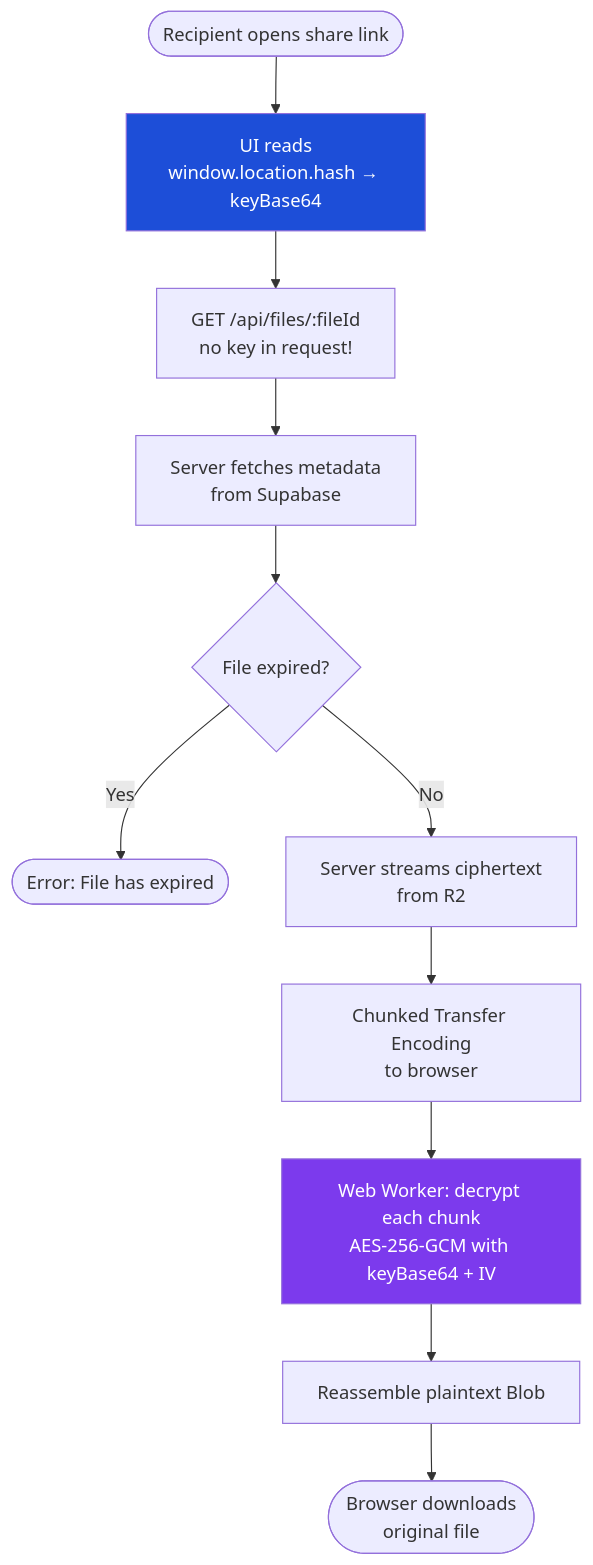
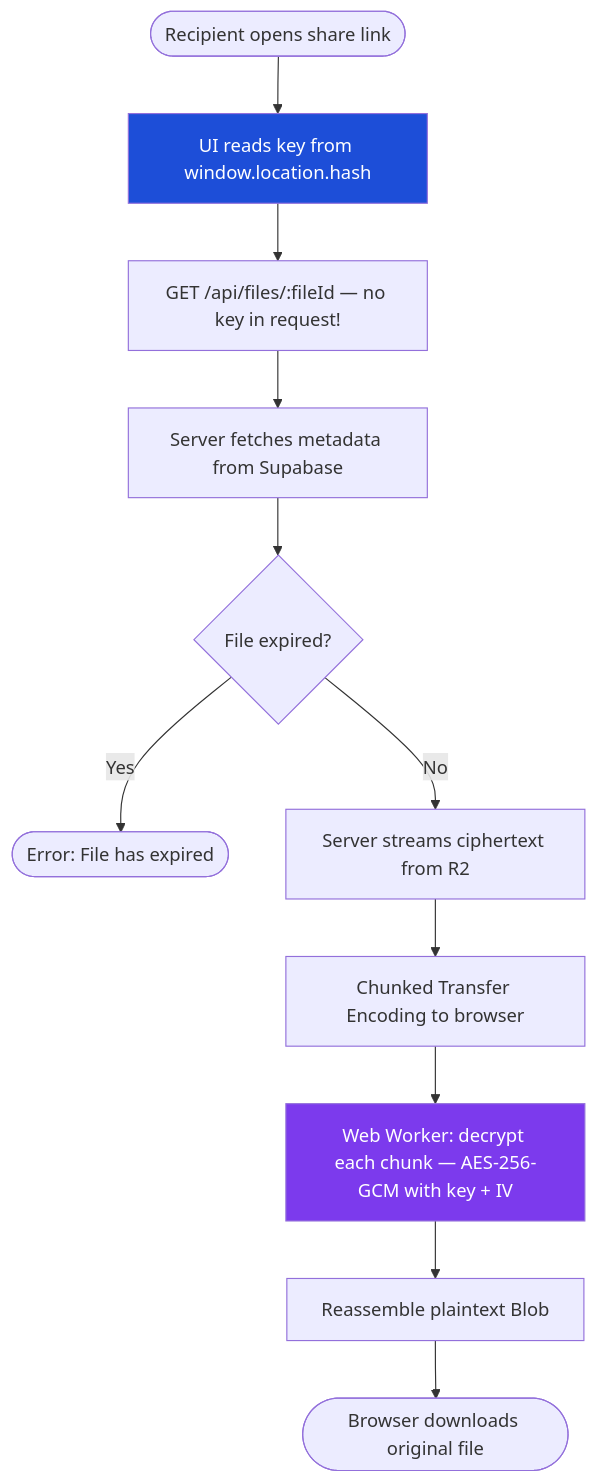
The seventh of 7 diagrams in README.md (Basit-Ali0/secure-share), drawn with Mermaid before and after one commit. The commit also changed other lines of this file, not shown here.

Commit message:
Update README for clarity and formatting

````diff
--- a/README.md
+++ b/README.md
@@ -379,16 +379,16 @@
 ```mermaid
 flowchart TD
-    A([Recipient opens share link]) --> B[UI reads\nwindow.location.hash → keyBase64]
-    B --> C[GET /api/files/:fileId\nno key in request!]
-    C --> D[Server fetches metadata\nfrom Supabase]
+    A([Recipient opens share link]) --> B["UI reads key from window.location.hash"]
+    B --> C["GET /api/files/:fileId — no key in request!"]
+    C --> D[Server fetches metadata from Supabase]
     D --> E{File expired?}
     E -->|Yes| F([Error: File has expired])
-    E -->|No| G[Server streams ciphertext\nfrom R2]
-    G --> H[Chunked Transfer Encoding\nto browser]
-    H --> I[Web Worker: decrypt each chunk\nAES-256-GCM with keyBase64 + IV]
+    E -->|No| G[Server streams ciphertext from R2]
+    G --> H[Chunked Transfer Encoding to browser]
+    H --> I["Web Worker: decrypt each chunk — AES-256-GCM with key + IV"]
     I --> J[Reassemble plaintext Blob]
-    J --> K([Browser downloads\noriginal file])
+    J --> K([Browser downloads original file])
 
     style I fill:#7c3aed,color:#fff
     style B fill:#1d4ed8,color:#fff
 ```
````
